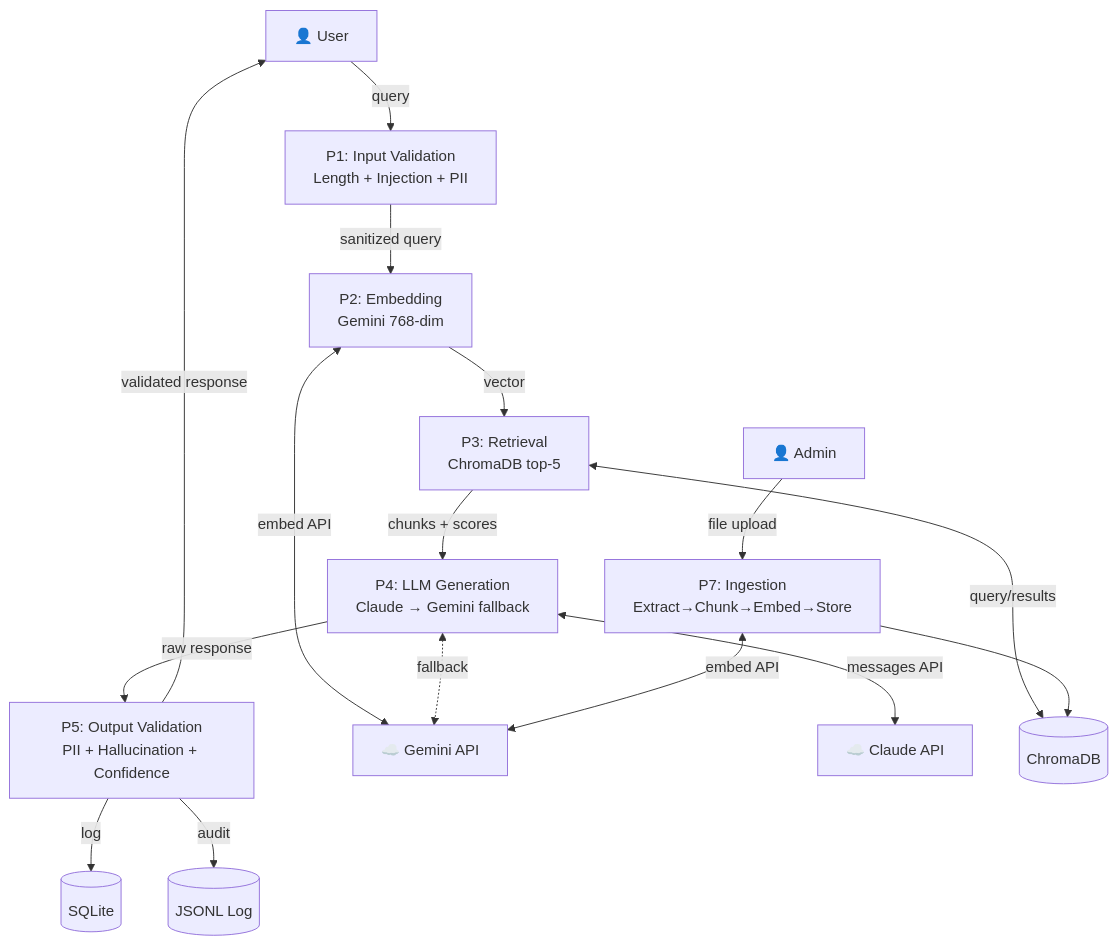
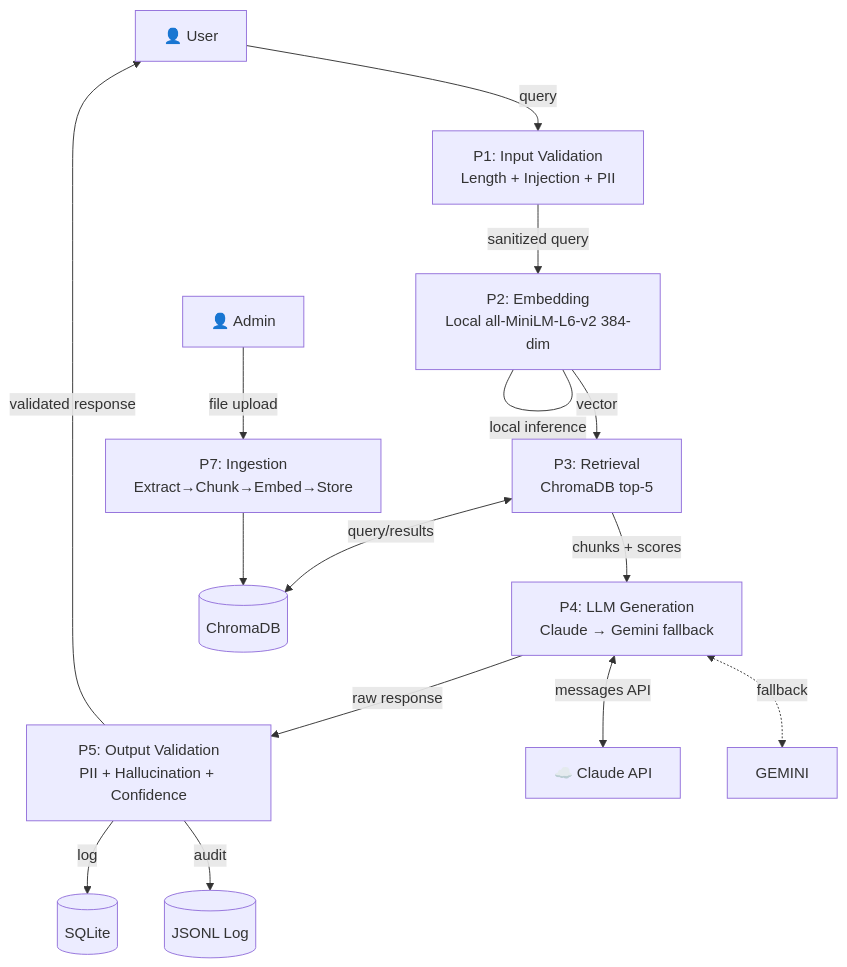
One commit to rajrkdev/ai-lab changed the sixth of 11 diagrams in prd/docs/ARCHITECTURE.md. Above: the diagram before and after it, drawn with Mermaid. The commit also changed other lines of this file and 26 other files, not shown here.

First line of the commit message:
feat: replace Gemini embeddings with local all-MiniLM-L6-v2 (sentence-transformers)

````diff
--- a/prd/docs/ARCHITECTURE.md
+++ b/prd/docs/ARCHITECTURE.md
@@ -419,21 +415,20 @@
 ```mermaid
 graph TB
     USER["👤 User"] -->|"query"| P1["P1: Input Validation<br/>Length + Injection + PII"]
-    P1 -->|"sanitized query"| P2["P2: Embedding<br/>Gemini 768-dim"]
+    P1 -->|"sanitized query"| P2["P2: Embedding<br/>Local all-MiniLM-L6-v2 384-dim"]
     P2 -->|"vector"| P3["P3: Retrieval<br/>ChromaDB top-5"]
     P3 -->|"chunks + scores"| P4["P4: LLM Generation<br/>Claude → Gemini fallback"]
     P4 -->|"raw response"| P5["P5: Output Validation<br/>PII + Hallucination + Confidence"]
     P5 -->|"validated response"| USER
 
-    P2 <-->|"embed API"| GEMINI["☁️ Gemini API"]
+    P2 ---|"local inference"| P2
     P4 <-->|"messages API"| CLAUDE["☁️ Claude API"]
     P4 <-.->|"fallback"| GEMINI
 
     P3 <-->|"query/results"| CHROMA[("ChromaDB")]
     P5 -->|"log"| SQLITE[("SQLite")]
     P5 -->|"audit"| JSONL[("JSONL Log")]
 
     ADMIN["👤 Admin"] -->|"file upload"| P7["P7: Ingestion<br/>Extract→Chunk→Embed→Store"]
     P7 --> CHROMA
-    P7 <-->|"embed API"| GEMINI
 ```
````
